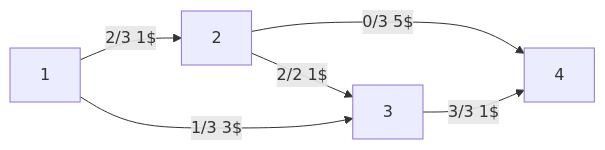
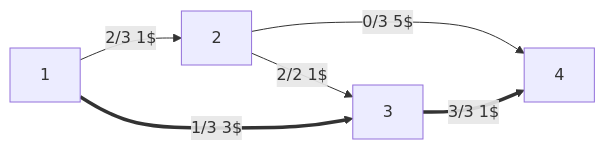
One commit to SuperSamus/appunti-universitari changed the fifth of 9 diagrams in Ricerca operativa/Problemi di ottimizzazione/Esempi/Esempio ottimizzazione flusso di costo minimo.md. Above: the diagram before and after it, drawn with Mermaid. The commit also changed other lines of this file, not shown here.

````diff
--- a/Ricerca operativa/Problemi di ottimizzazione/Esempi/Esempio ottimizzazione flusso di costo minimo.md
+++ b/Ricerca operativa/Problemi di ottimizzazione/Esempi/Esempio ottimizzazione flusso di costo minimo.md
@@ -68,8 +69,8 @@
 ```mermaid
 flowchart LR
 1 --> |2/3 1$| 2
 2 --> |2/2 1$| 3
-1 --> |1/3 3$| 3
+1 ==> |1/3 3$| 3
 2 --> |0/3 5$| 4
-3 --> |3/3 1$| 4
+3 ==> |3/3 1$| 4
 ```
````
